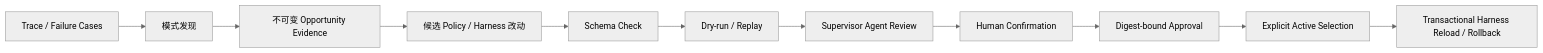
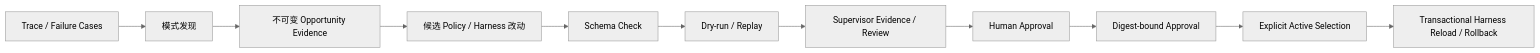
One commit to WeiSuanDi/EvoPi changed the second of 2 diagrams in docs/design/GLOBAL_ARCHITECTURE.md. Above: the diagram before and after it, drawn with Mermaid (neutral theme). The commit also changed other lines of this file and 5 other files, not shown here.

````diff
--- a/docs/design/GLOBAL_ARCHITECTURE.md
+++ b/docs/design/GLOBAL_ARCHITECTURE.md
@@ -230,13 +230,13 @@
 ```mermaid
 flowchart LR
     Trace["Trace / Failure Cases"] --> Pattern["模式发现"]
     Pattern --> Opportunity["不可变 Opportunity Evidence"]
     Opportunity --> Candidate["候选 Policy / Harness 改动"]
     Candidate --> Schema["Schema Check"]
     Schema --> DryRun["Dry-run / Replay"]
-    DryRun --> Supervisor["Supervisor Agent Review"]
-    Supervisor --> Human["Human Confirmation"]
+    DryRun --> Supervisor["Supervisor Evidence / Review"]
+    Supervisor --> Human["Human Approval"]
     Human --> Approval["Digest-bound Approval"]
     Approval --> Active["Explicit Active Selection"]
     Active --> Registry["Transactional Harness Reload / Rollback"]
 ```
````
